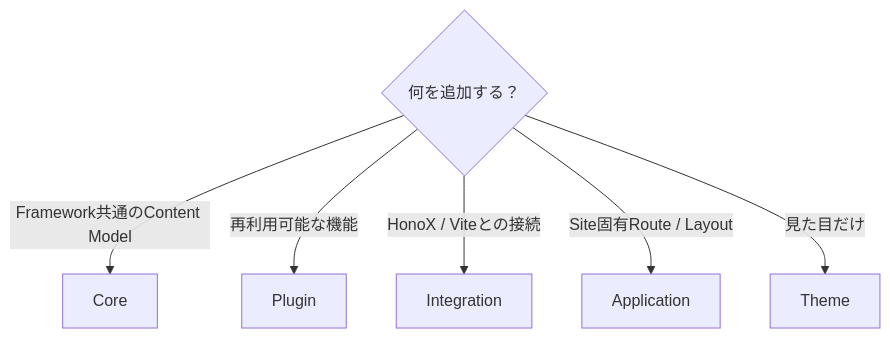
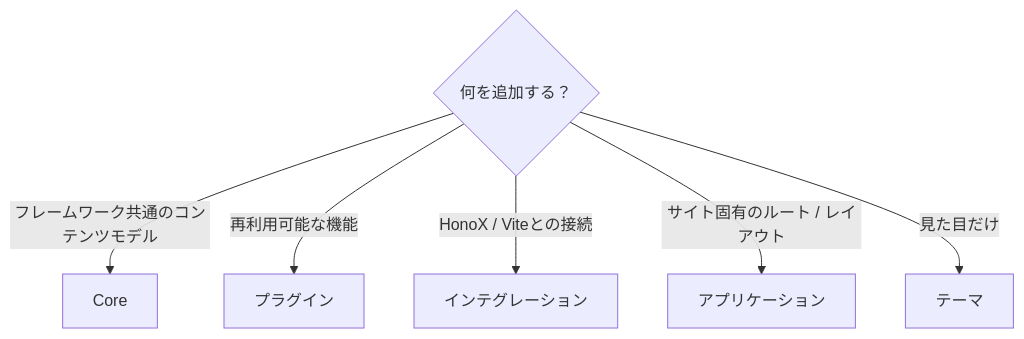
The first of 3 diagrams in docs/docs/framework/plugin-system.ja.md (Rerurate514/riebeckite), drawn with Mermaid before and after one commit. The commit also changed other lines of this file and 310 other files, not shown here.

````diff
--- a/docs/docs/framework/plugin-system.ja.md
+++ b/docs/docs/framework/plugin-system.ja.md
@@ -55,10 +46,10 @@
 ```mermaid id="5h0kzp"
 flowchart TD
     Q{"何を追加する？"}
 
-    Q -->|"Framework共通のContent Model"| Core["Core"]
-    Q -->|"再利用可能な機能"| Plugin["Plugin"]
-    Q -->|"HonoX / Viteとの接続"| Integration["Integration"]
-    Q -->|"Site固有Route / Layout"| App["Application"]
-    Q -->|"見た目だけ"| Theme["Theme"]
+    Q -->|"フレームワーク共通のコンテンツモデル"| Core["Core"]
+    Q -->|"再利用可能な機能"| Plugin["プラグイン"]
+    Q -->|"HonoX / Viteとの接続"| Integration["インテグレーション"]
+    Q -->|"サイト固有のルート / レイアウト"| App["アプリケーション"]
+    Q -->|"見た目だけ"| Theme["テーマ"]
 ```
````
